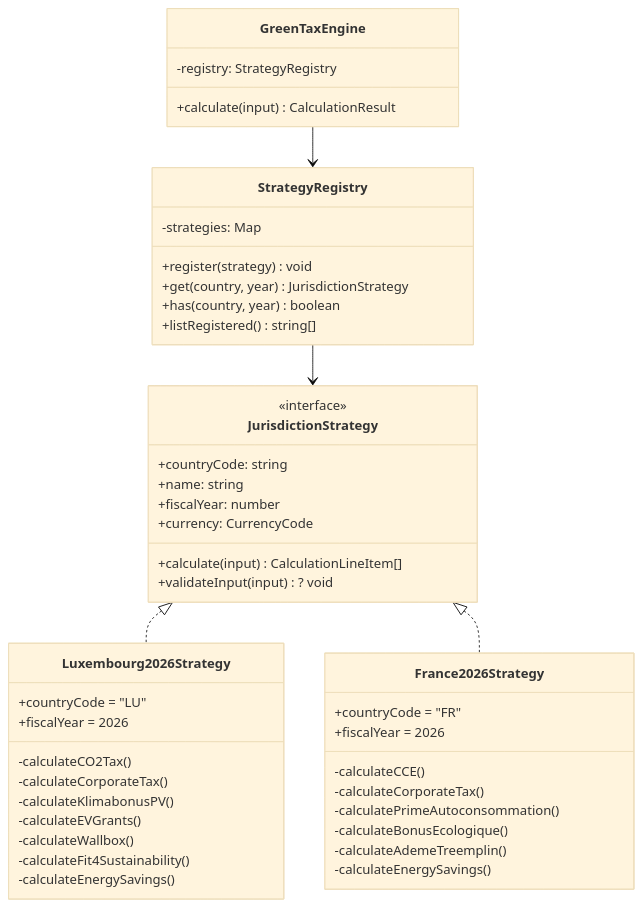
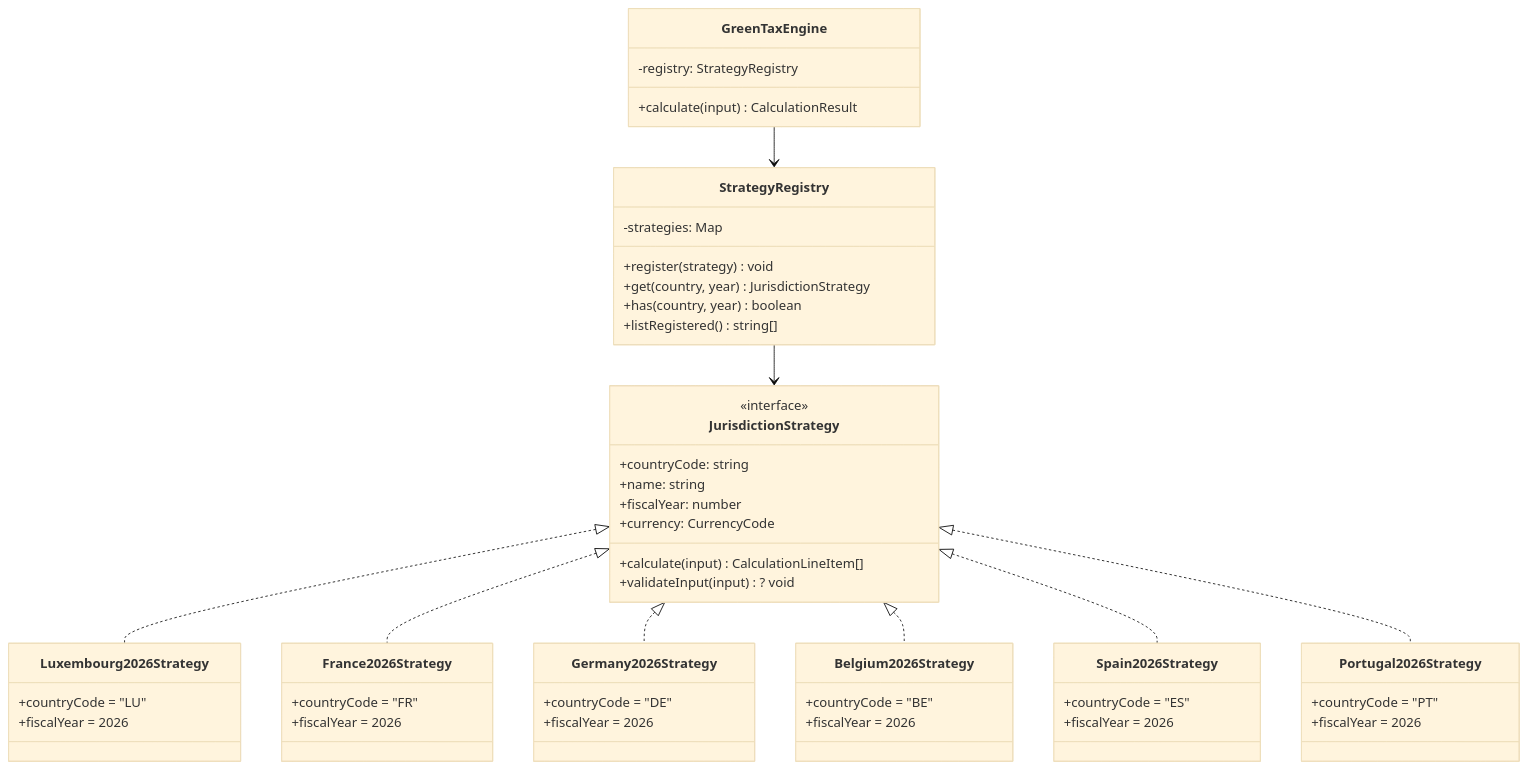
One commit to nabz0r/Global-Green-Tax changed the third of 6 diagrams in README.md. Above: the diagram before and after it, drawn with Mermaid (base theme). The commit also changed other lines of this file and 10 other files, not shown here.

````diff
--- a/README.md
+++ b/README.md
@@ -60,53 +147,64 @@
 ```mermaid
 classDiagram
     class JurisdictionStrategy {
         <<interface>>
         +countryCode: string
         +name: string
         +fiscalYear: number
         +currency: CurrencyCode
         +calculate(input) CalculationLineItem[]
         +validateInput(input)? void
     }
 
     class GreenTaxEngine {
         -registry: StrategyRegistry
         +calculate(input) CalculationResult
     }
 
     class StrategyRegistry {
         -strategies: Map
         +register(strategy) void
         +get(country, year) JurisdictionStrategy
         +has(country, year) boolean
         +listRegistered() string[]
     }
 
     class Luxembourg2026Strategy {
         +countryCode = "LU"
         +fiscalYear = 2026
-        -calculateCO2Tax()
-        -calculateCorporateTax()
-        -calculateKlimabonusPV()
-        -calculateEVGrants()
-        -calculateWallbox()
-        -calculateFit4Sustainability()
-        -calculateEnergySavings()
     }
 
     class France2026Strategy {
         +countryCode = "FR"
         +fiscalYear = 2026
-        -calculateCCE()
-        -calculateCorporateTax()
-        -calculatePrimeAutoconsommation()
-        -calculateBonusEcologique()
-        -calculateAdemeTreemplin()
-        -calculateEnergySavings()
+    }
+
+    class Germany2026Strategy {
+        +countryCode = "DE"
+        +fiscalYear = 2026
+    }
+
+    class Belgium2026Strategy {
+        +countryCode = "BE"
+        +fiscalYear = 2026
+    }
+
+    class Spain2026Strategy {
+        +countryCode = "ES"
+        +fiscalYear = 2026
+    }
+
+    class Portugal2026Strategy {
+        +countryCode = "PT"
+        +fiscalYear = 2026
     }
 
     JurisdictionStrategy <|.. Luxembourg2026Strategy
     JurisdictionStrategy <|.. France2026Strategy
+    JurisdictionStrategy <|.. Germany2026Strategy
+    JurisdictionStrategy <|.. Belgium2026Strategy
+    JurisdictionStrategy <|.. Spain2026Strategy
+    JurisdictionStrategy <|.. Portugal2026Strategy
     GreenTaxEngine --> StrategyRegistry
     StrategyRegistry --> JurisdictionStrategy
 ```
````
